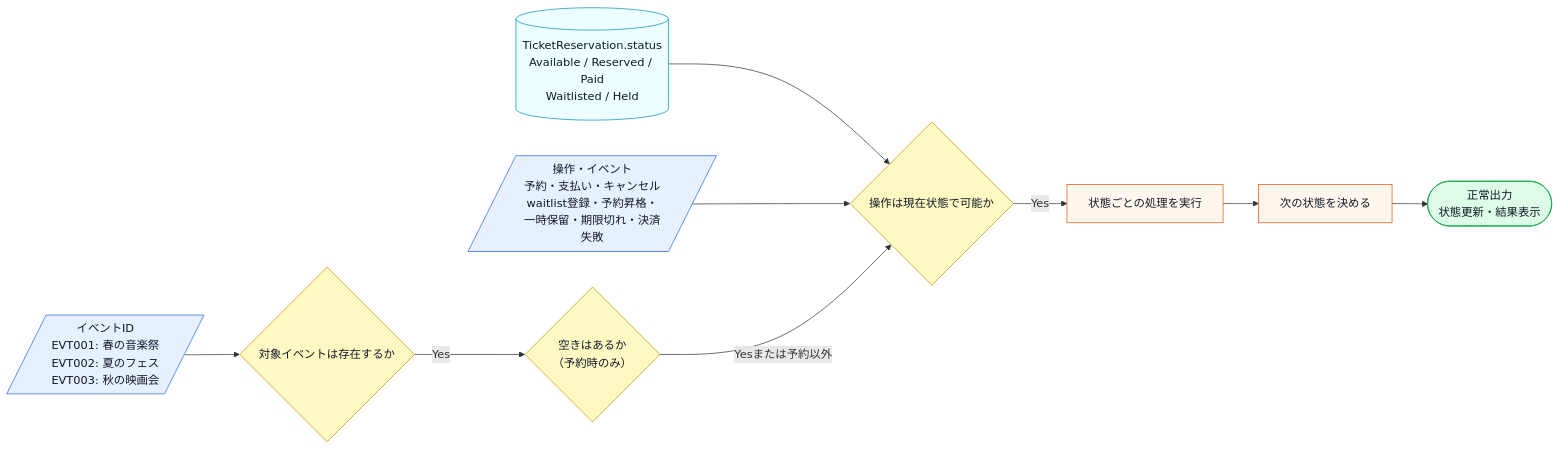
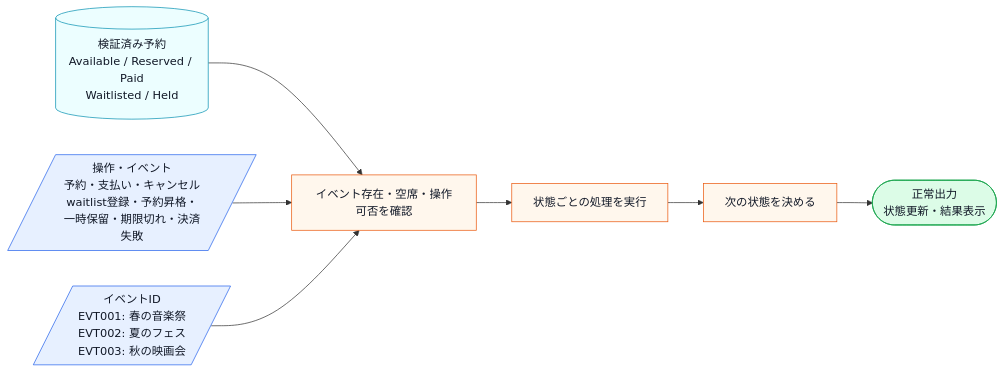
One commit to kumachan1101-pixel/DesignPattern changed the seventh of 16 diagrams in kindle/design-patterns/output/chapter03.md. Above: the diagram before and after it, drawn with Mermaid. The commit also changed other lines of this file and 20 other files, not shown here.

````diff
--- a/kindle/design-patterns/output/chapter03.md
+++ b/kindle/design-patterns/output/chapter03.md
@@ -575,17 +573,15 @@
 ```mermaid
 flowchart LR
-    A[(TicketReservation.status<br>Available / Reserved / Paid<br>Waitlisted / Held)]:::data --> B{操作は現在状態で可能か}:::decision
+    A[(検証済み予約<br>Available / Reserved / Paid<br>Waitlisted / Held)]:::data --> B[イベント存在・空席・操作可否を確認]:::process
     C[/操作・イベント<br>予約・支払い・キャンセル<br>waitlist登録・予約昇格・一時保留・期限切れ・決済失敗/]:::input --> B
-    D[/イベントID<br>EVT001: 春の音楽祭<br>EVT002: 夏のフェス<br>EVT003: 秋の映画会/]:::input --> E{対象イベントは存在するか}:::decision
-    E -->|Yes| K{空きはあるか<br>（予約時のみ）}:::decision
-    K -->|Yesまたは予約以外| B
-    B -->|Yes| F[状態ごとの処理を実行]:::process
+    D[/イベントID<br>EVT001: 春の音楽祭<br>EVT002: 夏のフェス<br>EVT003: 秋の映画会/]:::input --> B
+    B --> F[状態ごとの処理を実行]:::process
     F --> G[次の状態を決める]:::process
     G --> H([正常出力<br>状態更新・結果表示]):::normal
 
     classDef data fill:#ecfeff,stroke:#0891b2,color:#111827;
     classDef input fill:#e7f0ff,stroke:#2563eb,color:#111827;
     classDef process fill:#fff7ed,stroke:#ea580c,color:#111827;
     classDef decision fill:#fef9c3,stroke:#ca8a04,color:#111827;
     classDef normal fill:#dcfce7,stroke:#16a34a,color:#111827;
 ```
````
